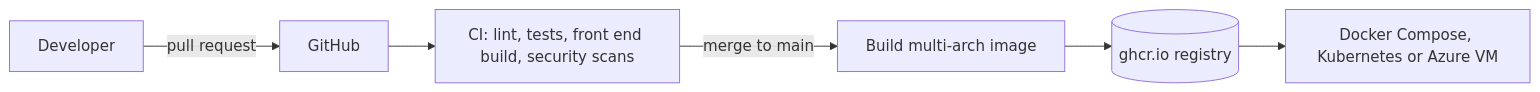
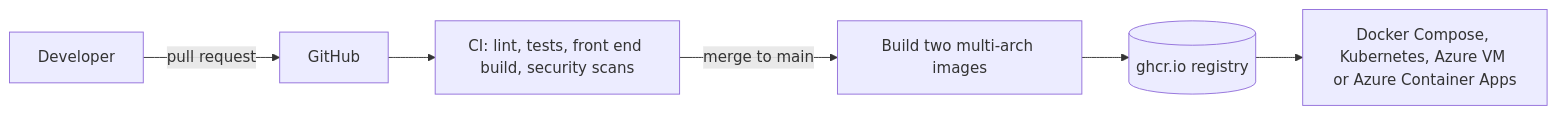
The second of 3 diagrams in README.md (tamezza/TaskBoard), drawn with Mermaid before and after one commit. The commit also changed other lines of this file and 5 other files, not shown here.

````diff
--- a/README.md
+++ b/README.md
@@ -31,8 +33,8 @@
 ```mermaid
 flowchart LR
     dev[Developer] -->|pull request| gh[GitHub]
     gh --> ci[CI: lint, tests, front end build, security scans]
-    ci -->|merge to main| build[Build multi-arch image]
+    ci -->|merge to main| build[Build two multi-arch images]
     build --> reg[(ghcr.io registry)]
-    reg --> run[Docker Compose, Kubernetes or Azure VM]
+    reg --> run[Docker Compose, Kubernetes, Azure VM or Azure Container Apps]
 ```
````
